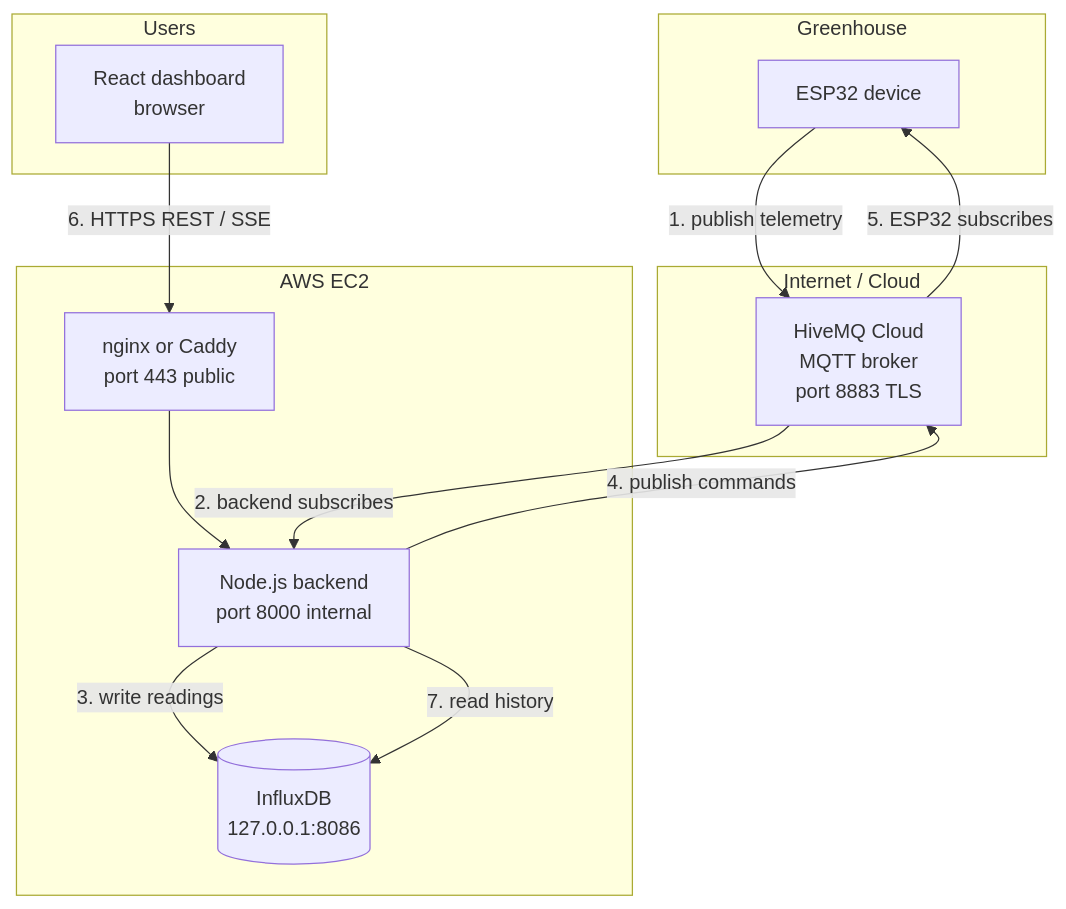
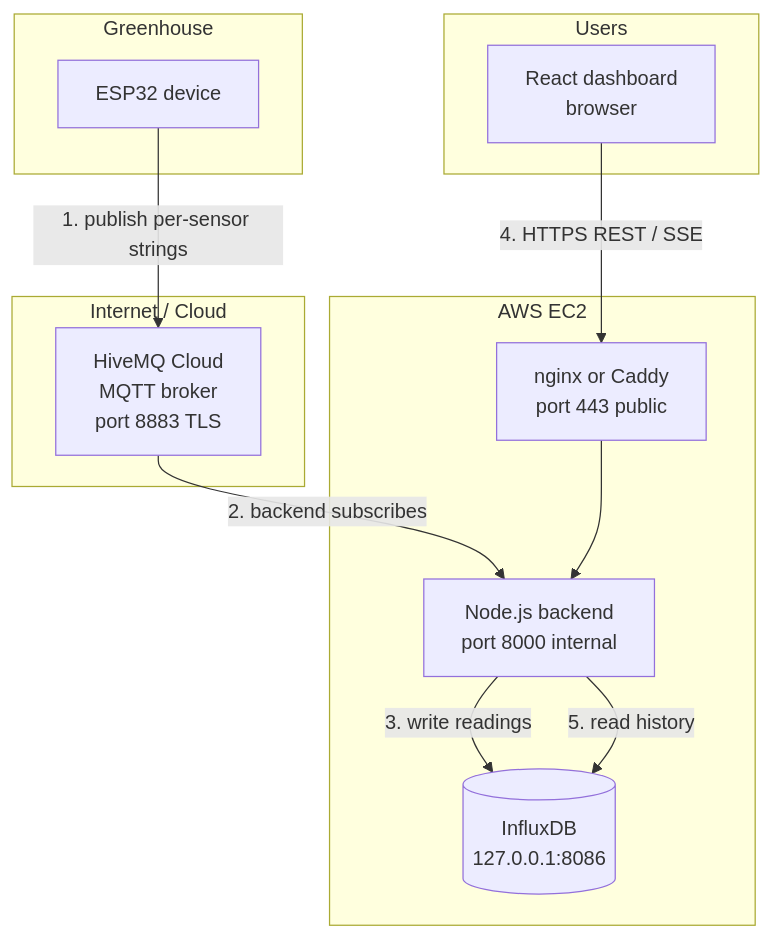
Before and after one commit to sonusaji09-himmel/smart-greenhouse-backend: the first of 5 diagrams in ARCHITECTURE.md, drawn with Mermaid. The commit also changed other lines of this file and 17 other files, not shown here.

````diff
--- a/ARCHITECTURE.md
+++ b/ARCHITECTURE.md
@@ -29,29 +29,27 @@
 ```mermaid
 flowchart TB
   subgraph greenhouse [Greenhouse]
     ESP32[ESP32 device]
   end
 
   subgraph cloud [Internet / Cloud]
     HiveMQ[HiveMQ Cloud\nMQTT broker\nport 8883 TLS]
   end
 
   subgraph ec2 [AWS EC2]
     Node[Node.js backend\nport 8000 internal]
     Influx[(InfluxDB\n127.0.0.1:8086)]
     Proxy[nginx or Caddy\nport 443 public]
   end
 
   subgraph users [Users]
     Dashboard[React dashboard\nbrowser]
   end
 
-  ESP32 -->|"1. publish telemetry"| HiveMQ
+  ESP32 -->|"1. publish per-sensor strings"| HiveMQ
   HiveMQ -->|"2. backend subscribes"| Node
   Node -->|"3. write readings"| Influx
-  Node -->|"4. publish commands"| HiveMQ
-  HiveMQ -->|"5. ESP32 subscribes"| ESP32
-  Dashboard -->|"6. HTTPS REST / SSE"| Proxy
+  Dashboard -->|"4. HTTPS REST / SSE"| Proxy
   Proxy --> Node
-  Node -->|"7. read history"| Influx
+  Node -->|"5. read history"| Influx
 ```
````
